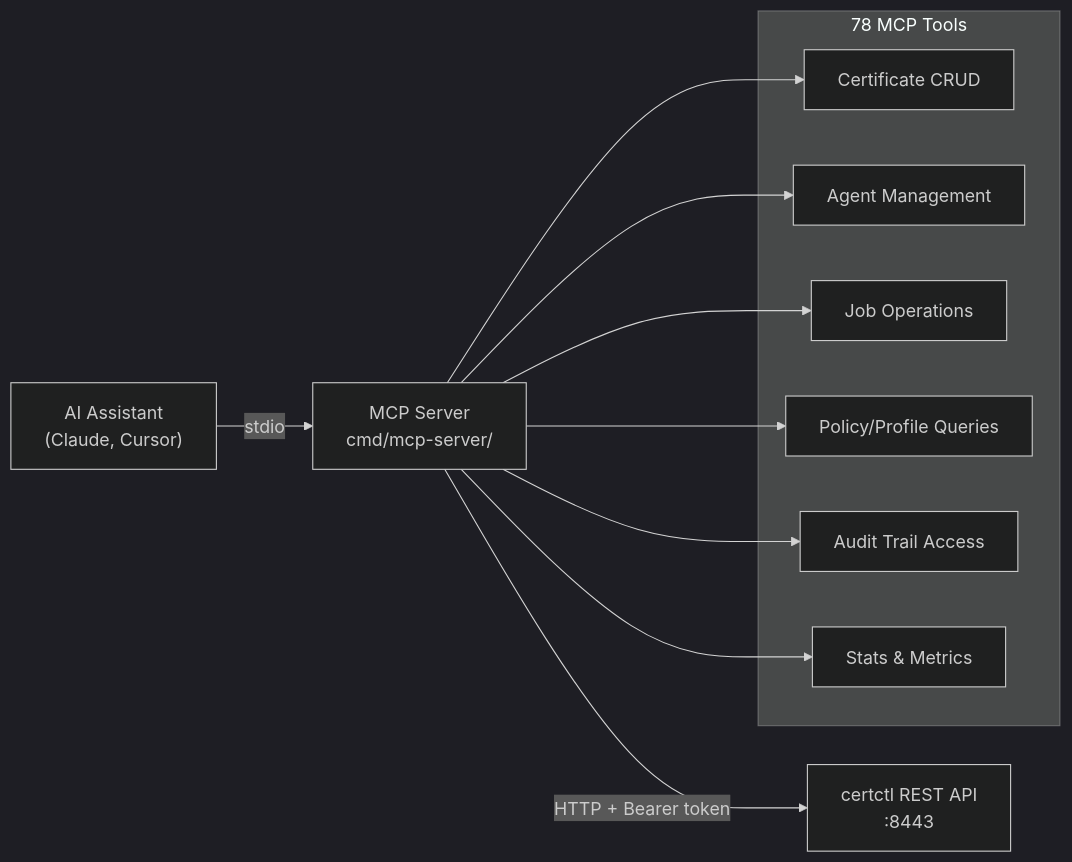
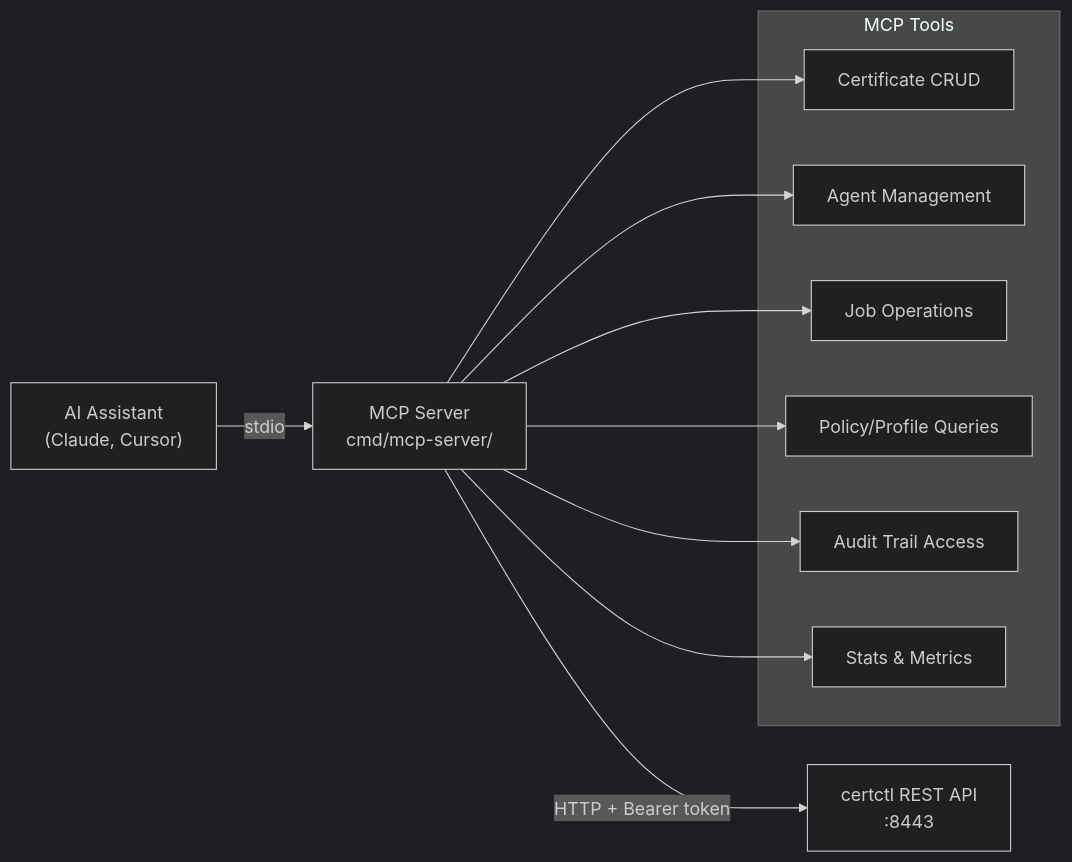
Before and after one commit to certctl-io/certctl: diagram 11 of 14 in docs/architecture.md, drawn with Mermaid (dark theme). The commit also changed other lines of this file and 9 other files, not shown here.

````diff
--- a/docs/architecture.md
+++ b/docs/architecture.md
@@ -808,16 +808,16 @@
 ```mermaid
 flowchart LR
     AI["AI Assistant\n(Claude, Cursor)"] -->|"stdio"| MCP["MCP Server\ncmd/mcp-server/"]
     MCP -->|"HTTP + Bearer token"| API["certctl REST API\n:8443"]
 
-    subgraph "78 MCP Tools"
+    subgraph "MCP Tools"
         T1["Certificate CRUD"]
         T2["Agent Management"]
         T3["Job Operations"]
         T4["Policy/Profile Queries"]
         T5["Audit Trail Access"]
         T6["Stats & Metrics"]
     end
 
     MCP --> T1 & T2 & T3 & T4 & T5 & T6
 ```
````
